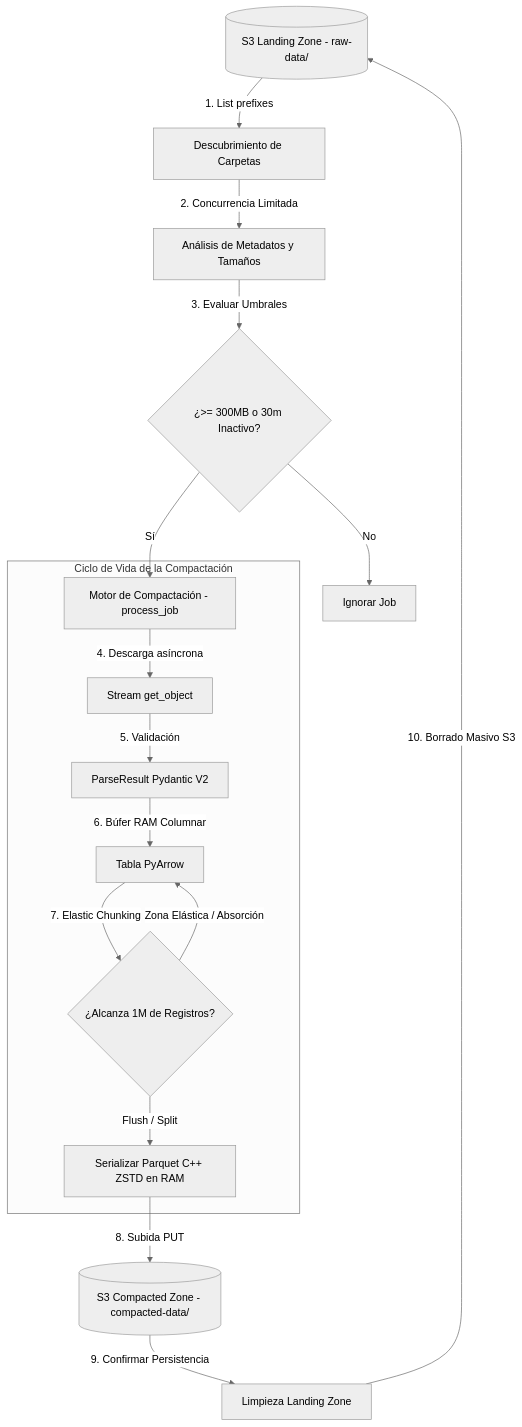
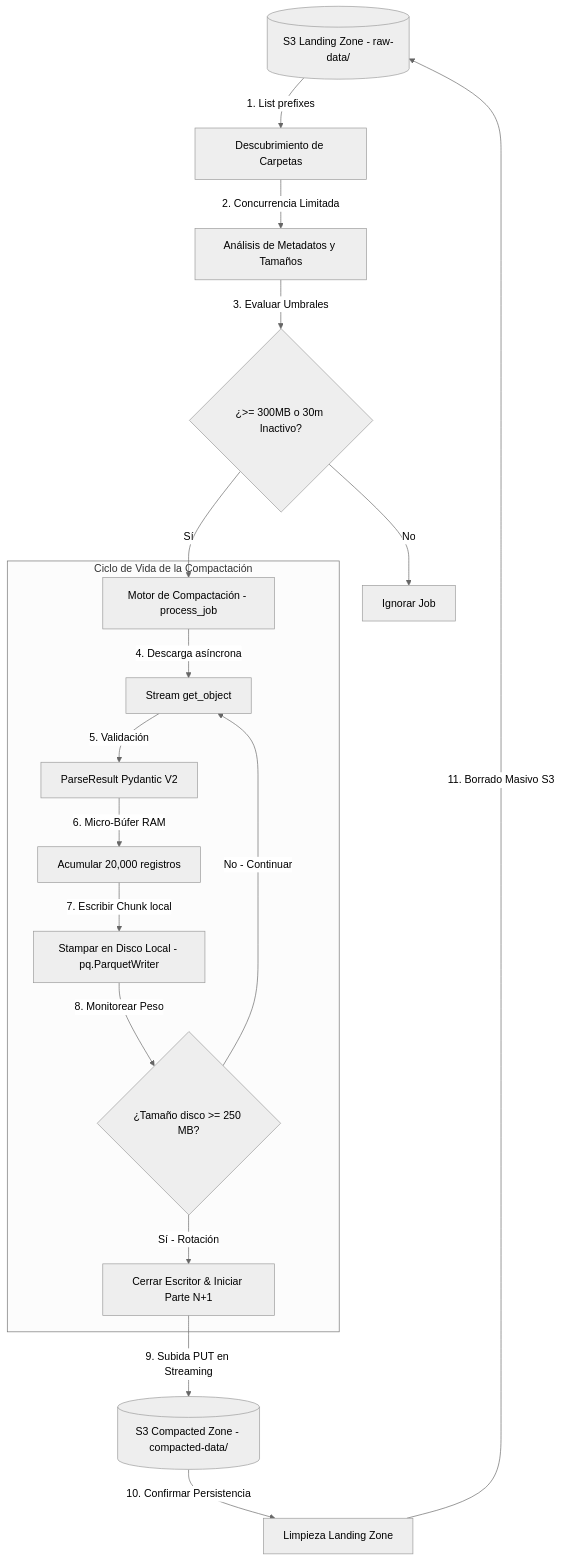
One commit to ArturoCarrilloJimenez/WebScrapingDistributed changed the diagram in jobs/README.md. Above: the diagram before and after it, drawn with Mermaid (neutral theme). The commit also changed other lines of this file and 3 other files, not shown here.

````diff
--- a/jobs/README.md
+++ b/jobs/README.md
@@ -35,23 +35,24 @@
 ```mermaid
 graph TD
     LandingZone[(S3 Landing Zone - raw-data/)] -->|1. List prefixes| Discovery[Descubrimiento de Carpetas]
     Discovery -->|2. Concurrencia Limitada| Metadata[Análisis de Metadatos y Tamaños]
     Metadata -->|3. Evaluar Umbrales| Criteria{¿>= 300MB o 30m Inactivo?}
     
     Criteria -->|No| Ignore[Ignorar Job]
     Criteria -->|Sí| Compactor[Motor de Compactación - process_job]
     
     subgraph Ciclo de Vida de la Compactación
         Compactor -->|4. Descarga asíncrona| Stream[Stream get_object]
         Stream -->|5. Validación| Validate[ParseResult Pydantic V2]
-        Validate -->|6. Búfer RAM Columnar| Buffer[Tabla PyArrow]
-        Buffer -->|7. Elastic Chunking| LimitCheck{¿Alcanza 1M de Registros?}
+        Validate -->|6. Micro-Búfer RAM| Buffer[Acumular 20,000 registros]
+        Buffer -->|7. Escribir Chunk local| WriteChunk[Stampar en Disco Local - pq.ParquetWriter]
+        WriteChunk -->|8. Monitorear Peso| SizeCheck{¿Tamaño disco >= 250 MB?}
         
-        LimitCheck -->|Zona Elástica / Absorción| Buffer
-        LimitCheck -->|Flush / Split| Serialize[Serializar Parquet C++ ZSTD en RAM]
+        SizeCheck -->|No - Continuar| Stream
+        SizeCheck -->|Sí - Rotación| Flush[Cerrar Escritor & Iniciar Parte N+1]
     end
     
-    Serialize -->|8. Subida PUT| CompactedZone[(S3 Compacted Zone - compacted-data/)]
-    CompactedZone -->|9. Confirmar Persistencia| Cleaner[Limpieza Landing Zone]
-    Cleaner -->|10. Borrado Masivo S3| LandingZone
+    Flush -->|9. Subida PUT en Streaming| CompactedZone[(S3 Compacted Zone - compacted-data/)]
+    CompactedZone -->|10. Confirmar Persistencia| Cleaner[Limpieza Landing Zone]
+    Cleaner -->|11. Borrado Masivo S3| LandingZone
 ```
````
